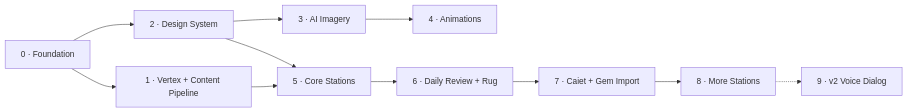
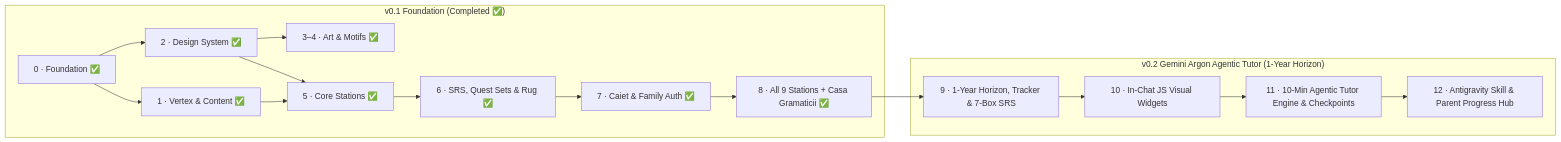
One commit to florindr/miorita changed the diagram in .kiro/specs/backlog.md. Above: the diagram before and after it, drawn with Mermaid. The commit also changed other lines of this file and 46 other files, not shown here.

Commit message:
feat: minimalist 3-room UX, cumulative nugget tutor, context-aware audio halos & 1-year curriculum

````diff
--- a/.kiro/specs/backlog.md
+++ b/.kiro/specs/backlog.md
@@ -16,13 +16,19 @@
 ```mermaid
 flowchart LR
-  P0["0 · Foundation"] --> P1["1 · Vertex + Content Pipeline"]
-  P0 --> P2["2 · Design System"]
-  P2 --> P3["3 · AI Imagery"]
-  P3 --> P4["4 · Animations"]
-  P1 --> P5["5 · Core Stations"]
-  P2 --> P5
-  P5 --> P6["6 · Daily Review + Rug"]
-  P6 --> P7["7 · Caiet + Gem Import"]
-  P7 --> P8["8 · More Stations"]
-  P8 -.-> P9["9 · v2 Voice Dialog"]
+  subgraph V1["v0.1 Foundation (Completed ✅)"]
+    P0["0 · Foundation ✅"] --> P1["1 · Vertex & Content ✅"]
+    P0 --> P2["2 · Design System ✅"]
+    P2 --> P3["3–4 · Art & Motifs ✅"]
+    P1 & P2 --> P5["5 · Core Stations ✅"]
+    P5 --> P6["6 · SRS, Quest Sets & Rug ✅"]
+    P6 --> P7["7 · Caiet & Family Auth ✅"]
+    P7 --> P8["8 · All 9 Stations + Casa Gramaticii ✅"]
+  end
+
+  subgraph V2["v0.2 Gemini Argon Agentic Tutor (1-Year Horizon)"]
+    P8 --> P9["9 · 1-Year Horizon, Tracker & 7-Box SRS"]
+    P9 --> P10["10 · In-Chat JS Visual Widgets"]
+    P10 --> P11["11 · 10-Min Agentic Tutor Engine & Checkpoints"]
+    P11 --> P12["12 · Antigravity Skill & Parent Progress Hub"]
+  end
 ```
````
